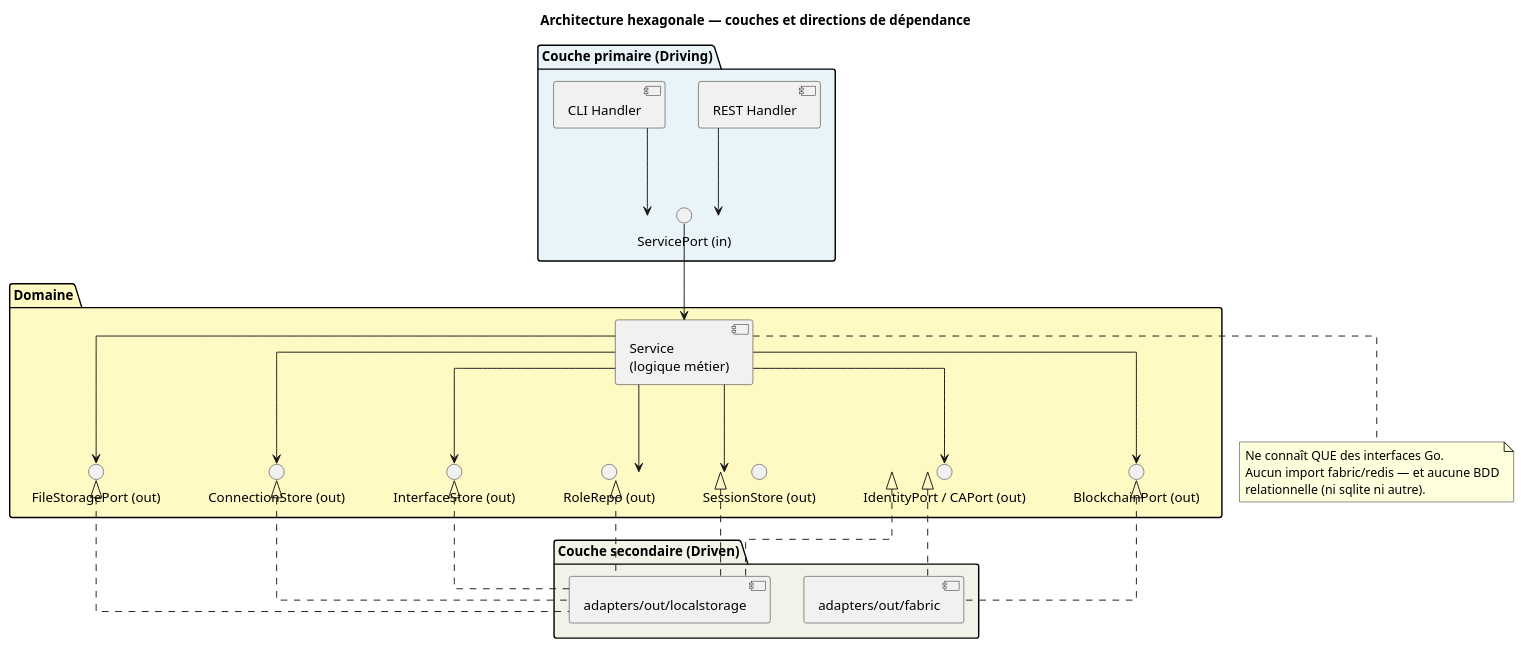
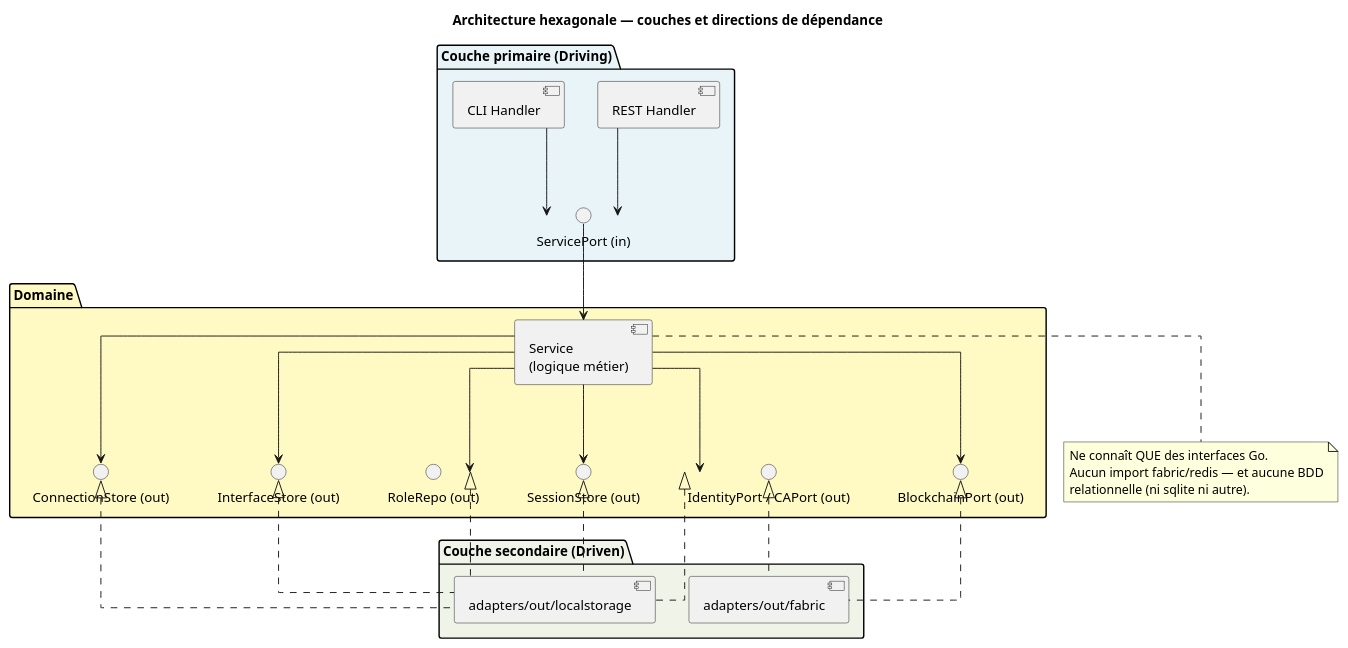
One commit to myr-forge/myr-core changed the second of 2 diagrams in specs/3-Conception/Conception_intro.md. Above: the diagram before and after it, drawn with PlantUML. The commit also changed other lines of this file and 16 other files, not shown here.

First line of the commit message:
refactor(model): remove FileStoragePort (PO decision)

````diff
--- a/specs/3-Conception/Conception_intro.md
+++ b/specs/3-Conception/Conception_intro.md
@@ -177,57 +177,54 @@
 ```plantuml
 @startuml
 title Architecture hexagonale — couches et directions de dépendance
 
 skinparam linetype ortho
 
 package "Couche primaire (Driving)" #e8f4f8 {
   interface "ServicePort (in)" as PortIn
   [REST Handler] as RestH
   [CLI Handler] as CliH
 }
 
 package "Domaine" #fff9c4 {
   [Service\n(logique métier)] as Svc
   interface "BlockchainPort (out)" as PortBC
-  interface "FileStoragePort (out)" as PortFS
   interface "ConnectionStore (out)" as PortConn
   interface "InterfaceStore (out)" as PortIface
   interface "IdentityPort / CAPort (out)" as PortIdentity
   interface "RoleRepo (out)" as PortRole
   interface "SessionStore (out)" as PortSession
 }
 
 package "Couche secondaire (Driven)" #f0f4e8 {
   [adapters/out/fabric] as AdFabric
   [adapters/out/localstorage] as AdLocal
 }
 
 RestH --> PortIn
 CliH --> PortIn
 PortIn --> Svc
 
 Svc --> PortBC
-Svc --> PortFS
 Svc --> PortConn
 Svc --> PortIface
 Svc --> PortIdentity
 Svc --> PortRole
 Svc --> PortSession
 
 PortBC <|.. AdFabric
-PortFS <|.. AdLocal
 PortConn <|.. AdLocal
 PortIface <|.. AdLocal
 PortIdentity <|.. AdFabric
 PortIdentity <|.. AdLocal
 PortRole <|.. AdLocal
 PortSession <|.. AdLocal
 
 note bottom of Svc
   Ne connaît QUE des interfaces Go.
   Aucun import fabric/redis — et aucune BDD
   relationnelle (ni sqlite ni autre).
 end note
 
 @enduml
 ```
````
